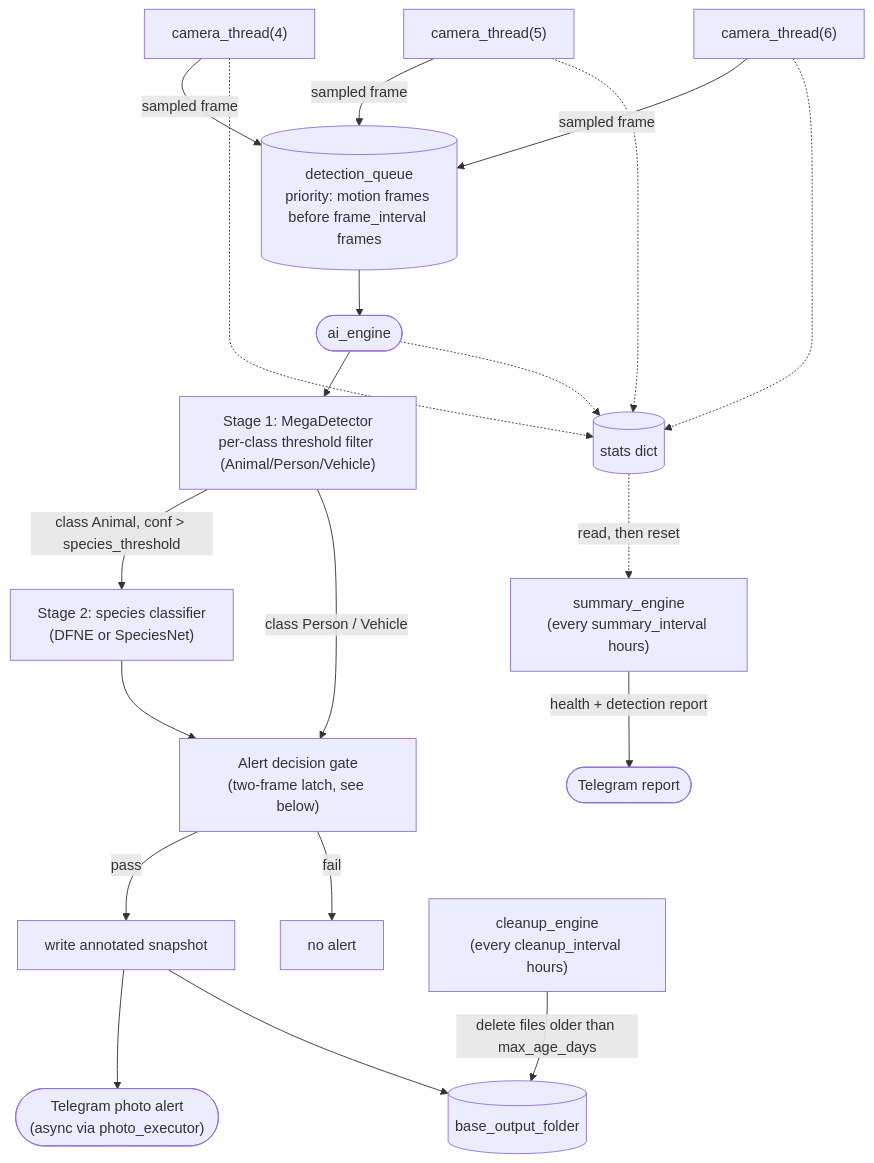
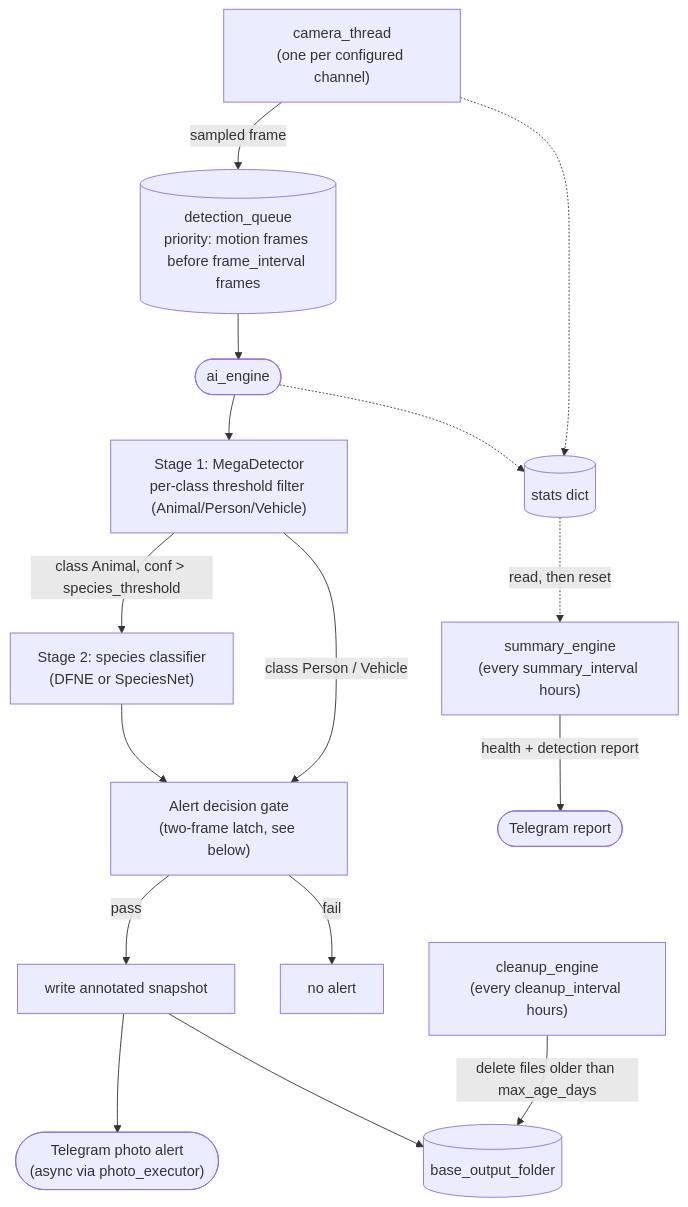
One commit to maximkonovalov/animalscatcher changed the first of 2 diagrams in README.md. Above: the diagram before and after it, drawn with Mermaid. The commit also changed other lines of this file and 6 other files, not shown here.

````diff
--- a/README.md
+++ b/README.md
@@ -208,29 +253,25 @@
 ```mermaid
 flowchart TD
-    C4["camera_thread(4)"] -->|sampled frame| Q
-    C5["camera_thread(5)"] -->|sampled frame| Q
-    C6["camera_thread(6)"] -->|sampled frame| Q
+    C["camera_thread<br/>(one per configured channel)"] -->|sampled frame| Q
 
     Q[("detection_queue<br/>priority: motion frames before frame_interval frames")] --> AI(["ai_engine"])
 
     AI --> MD["Stage 1: MegaDetector<br/>per-class threshold filter (Animal/Person/Vehicle)"]
     MD -->|"class Animal, conf > species_threshold"| SC["Stage 2: species classifier<br/>(DFNE or SpeciesNet)"]
     MD -->|"class Person / Vehicle"| Gate
     SC --> Gate["Alert decision gate<br/>(two-frame latch, see below)"]
 
     Gate -->|pass| Snap["write annotated snapshot"]
     Gate -->|fail| NoOp["no alert"]
     Snap --> TG(["Telegram photo alert<br/>(async via photo_executor)"])
     Snap --> Out[("base_output_folder")]
 
     Stats[("stats dict")]
-    C4 -.-> Stats
-    C5 -.-> Stats
-    C6 -.-> Stats
+    C -.-> Stats
     AI -.-> Stats
 
     Sum["summary_engine<br/>(every summary_interval hours)"] -->|health + detection report| TG2(["Telegram report"])
     Stats -.->|read, then reset| Sum
 
     Clean["cleanup_engine<br/>(every cleanup_interval hours)"] -->|delete files older than max_age_days| Out
 ```
````
